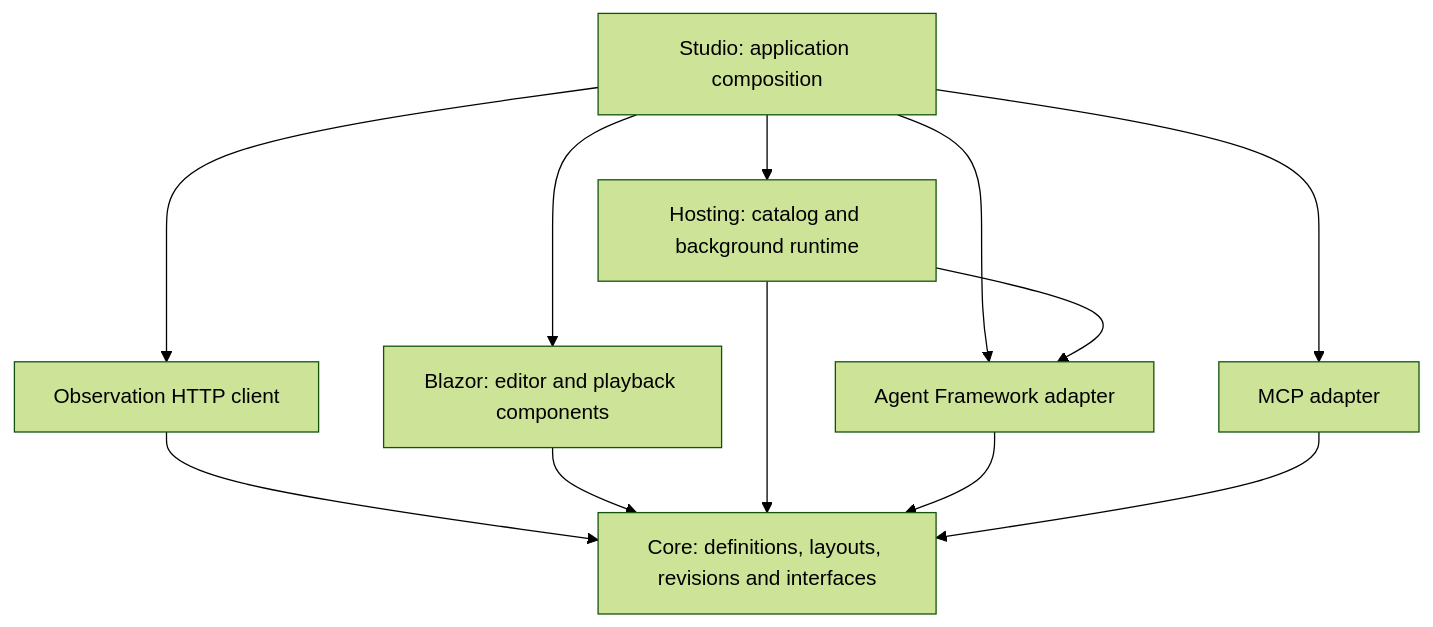
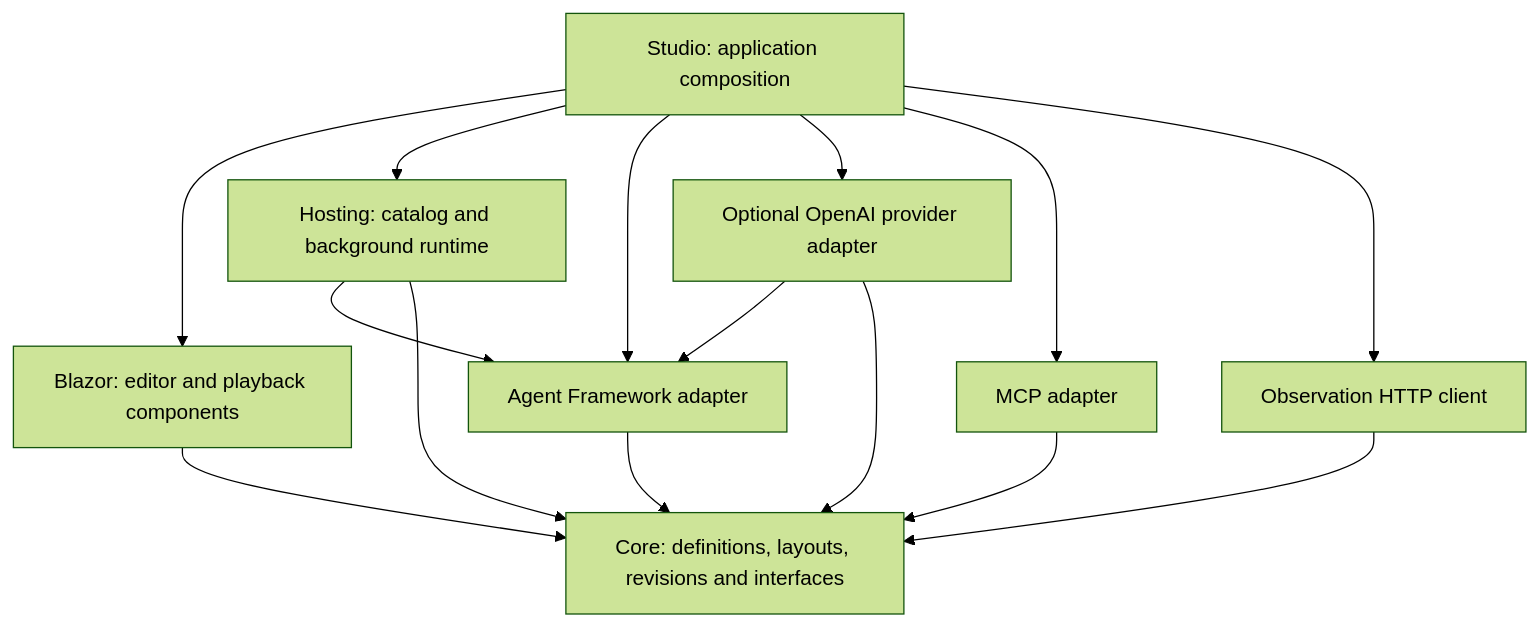
Before and after one commit to gnalvesteffer/visual-agent-workflow: the first of 3 diagrams in docs/architecture.md, drawn with Mermaid (forest theme). The commit also changed other lines of this file and 37 other files, not shown here.

Commit message:
Add opt-in host-configured OpenAI provider integration

````diff
--- a/docs/architecture.md
+++ b/docs/architecture.md
@@ -13,14 +13,17 @@
 ```mermaid
 flowchart TB
     Studio["Studio: application composition"] --> Blazor["Blazor: editor and playback components"]
     Studio --> Hosting["Hosting: catalog and background runtime"]
     Studio --> Agents["Agent Framework adapter"]
+    Studio --> Providers["Optional OpenAI provider adapter"]
+    Providers --> Agents
+    Providers --> Core
     Studio --> Mcp["MCP adapter"]
     Studio --> Http["Observation HTTP client"]
     Http --> Core
     Hosting --> Agents
     Blazor --> Core["Core: definitions, layouts, revisions and interfaces"]
     Hosting --> Core
     Agents --> Core
     Mcp --> Core
 ```
````
